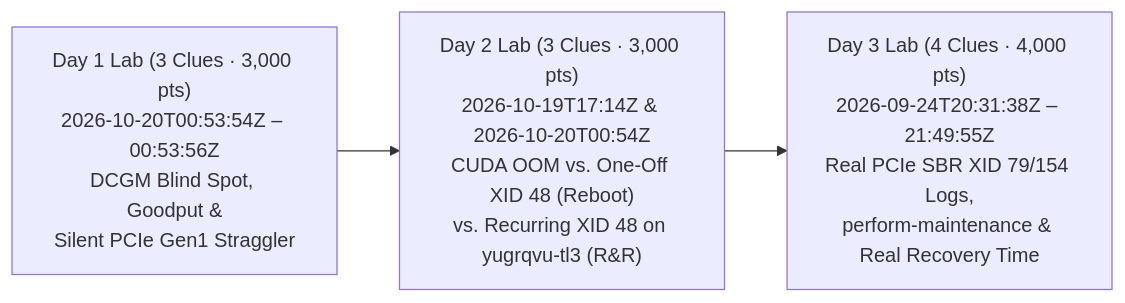
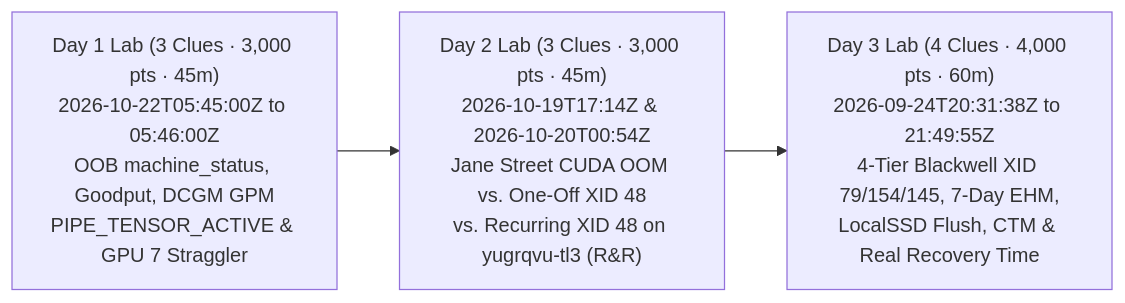
The diagram in reliability/CE_BREADCRUMB_LAB_GUIDE.md (saltysoup/jetski-playground), drawn with Mermaid before and after one commit. The commit also changed other lines of this file and 2 other files, not shown here.

Commit message:
Align Day 1-3 slides and 10-breadcrumb live Cloud Console detective lab

````diff
--- a/reliability/CE_BREADCRUMB_LAB_GUIDE.md
+++ b/reliability/CE_BREADCRUMB_LAB_GUIDE.md
@@ -23,5 +29,5 @@
 ```mermaid
 flowchart LR
-    D1["Day 1 Lab (3 Clues · 3,000 pts)<br/>2026-10-20T00:53:54Z – 00:53:56Z<br/>DCGM Blind Spot, Goodput &<br/>Silent PCIe Gen1 Straggler"] --> D2["Day 2 Lab (3 Clues · 3,000 pts)<br/>2026-10-19T17:14Z & 2026-10-20T00:54Z<br/>CUDA OOM vs. One-Off XID 48 (Reboot)<br/>vs. Recurring XID 48 on yugrqvu-tl3 (R&R)"]
-    D2 --> D3["Day 3 Lab (4 Clues · 4,000 pts)<br/>2026-09-24T20:31:38Z – 21:49:55Z<br/>Real PCIe SBR XID 79/154 Logs,<br/>perform-maintenance & Real Recovery Time"]
+    D1["Day 1 Lab (3 Clues · 3,000 pts · 45m)<br/>2026-10-22T05:45:00Z to 05:46:00Z<br/>OOB machine_status, Goodput, DCGM GPM<br/>PIPE_TENSOR_ACTIVE & GPU 7 Straggler"] --> D2["Day 2 Lab (3 Clues · 3,000 pts · 45m)<br/>2026-10-19T17:14Z & 2026-10-20T00:54Z<br/>Jane Street CUDA OOM vs. One-Off XID 48<br/>vs. Recurring XID 48 on yugrqvu-tl3 (R&R)"]
+    D2 --> D3["Day 3 Lab (4 Clues · 4,000 pts · 60m)<br/>2026-09-24T20:31:38Z to 21:49:55Z<br/>4-Tier Blackwell XID 79/154/145, 7-Day EHM,<br/>LocalSSD Flush, CTM & Real Recovery Time"]
 ```
````
